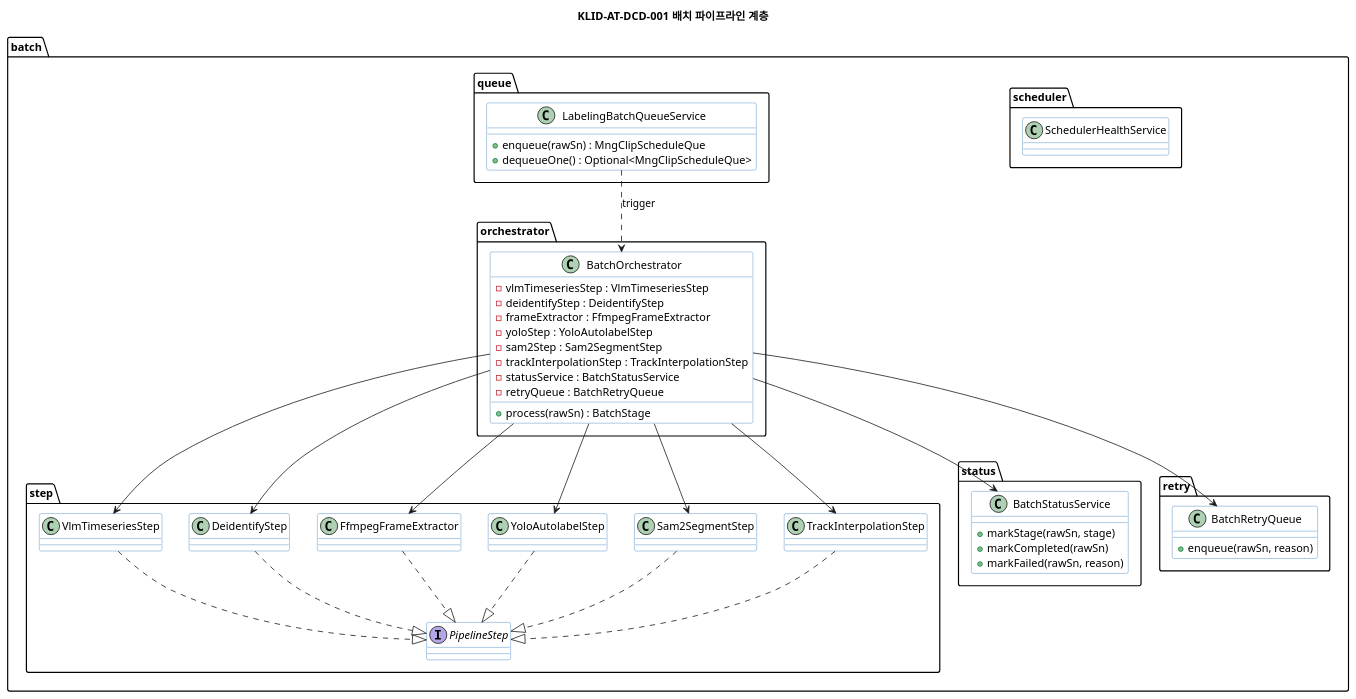
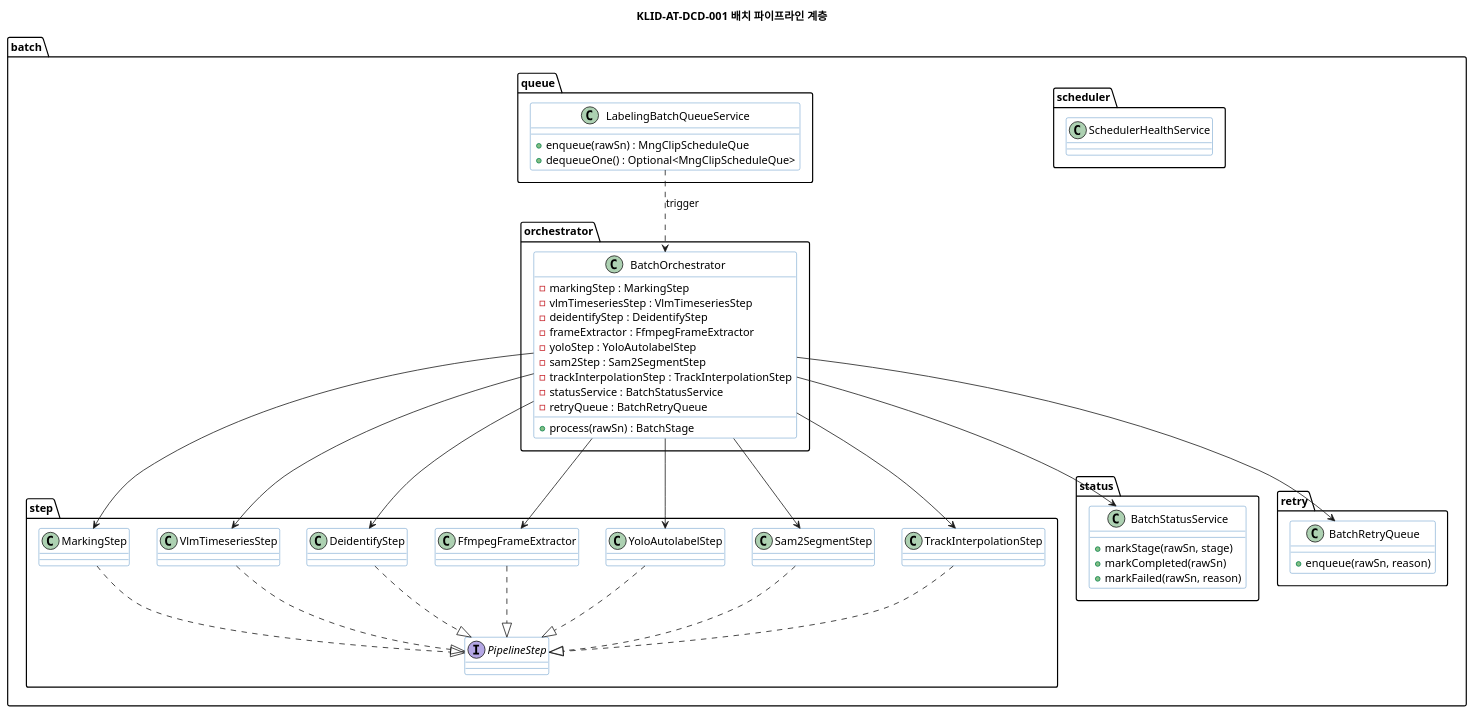
One commit to New-stella/klid-label changed diagram 13 of 22 in docs/design/D1_클래스설계서_v1.0.md. Above: the diagram before and after it, drawn with PlantUML. The commit also changed other lines of this file and 2 other files, not shown here.

First line of the commit message:
docs(design): V2.0 다이어그램 반영 — UCD/시퀀스/클래스/컴포넌트

````diff
--- a/docs/design/D1_클래스설계서_v1.0.md
+++ b/docs/design/D1_클래스설계서_v1.0.md
@@ -559,69 +566,73 @@
 ```plantuml
 @startuml KLID-AT-DCD-001
 title KLID-AT-DCD-001 배치 파이프라인 계층
 skinparam defaultFontName "Malgun Gothic"
 skinparam classBackgroundColor #FFFFFF
 skinparam classBorderColor #2E75B6
 
 package "batch.scheduler" {
   class SchedulerHealthService
 }
 package "batch.queue" {
   class LabelingBatchQueueService {
     + enqueue(rawSn) : MngClipScheduleQue
     + dequeueOne() : Optional<MngClipScheduleQue>
   }
 }
 package "batch.orchestrator" {
   class BatchOrchestrator {
+    - markingStep : MarkingStep
     - vlmTimeseriesStep : VlmTimeseriesStep
     - deidentifyStep : DeidentifyStep
     - frameExtractor : FfmpegFrameExtractor
     - yoloStep : YoloAutolabelStep
     - sam2Step : Sam2SegmentStep
     - trackInterpolationStep : TrackInterpolationStep
     - statusService : BatchStatusService
     - retryQueue : BatchRetryQueue
     + process(rawSn) : BatchStage
   }
 }
 package "batch.step" {
   interface PipelineStep
+  class MarkingStep
   class VlmTimeseriesStep
   class DeidentifyStep
   class FfmpegFrameExtractor
   class YoloAutolabelStep
   class Sam2SegmentStep
   class TrackInterpolationStep
 }
 package "batch.status" {
   class BatchStatusService {
     + markStage(rawSn, stage)
     + markCompleted(rawSn)
     + markFailed(rawSn, reason)
   }
 }
 package "batch.retry" {
   class BatchRetryQueue {
     + enqueue(rawSn, reason)
   }
 }
 
+MarkingStep ..|> PipelineStep
 VlmTimeseriesStep ..|> PipelineStep
 DeidentifyStep ..|> PipelineStep
 FfmpegFrameExtractor ..|> PipelineStep
 YoloAutolabelStep ..|> PipelineStep
 Sam2SegmentStep ..|> PipelineStep
 TrackInterpolationStep ..|> PipelineStep
 
 LabelingBatchQueueService ..> BatchOrchestrator : trigger
+BatchOrchestrator --> MarkingStep
 BatchOrchestrator --> VlmTimeseriesStep
 BatchOrchestrator --> DeidentifyStep
 BatchOrchestrator --> FfmpegFrameExtractor
 BatchOrchestrator --> YoloAutolabelStep
 BatchOrchestrator --> Sam2SegmentStep
 BatchOrchestrator --> TrackInterpolationStep
 BatchOrchestrator --> BatchStatusService
 BatchOrchestrator --> BatchRetryQueue
 @enduml
 ```
````
